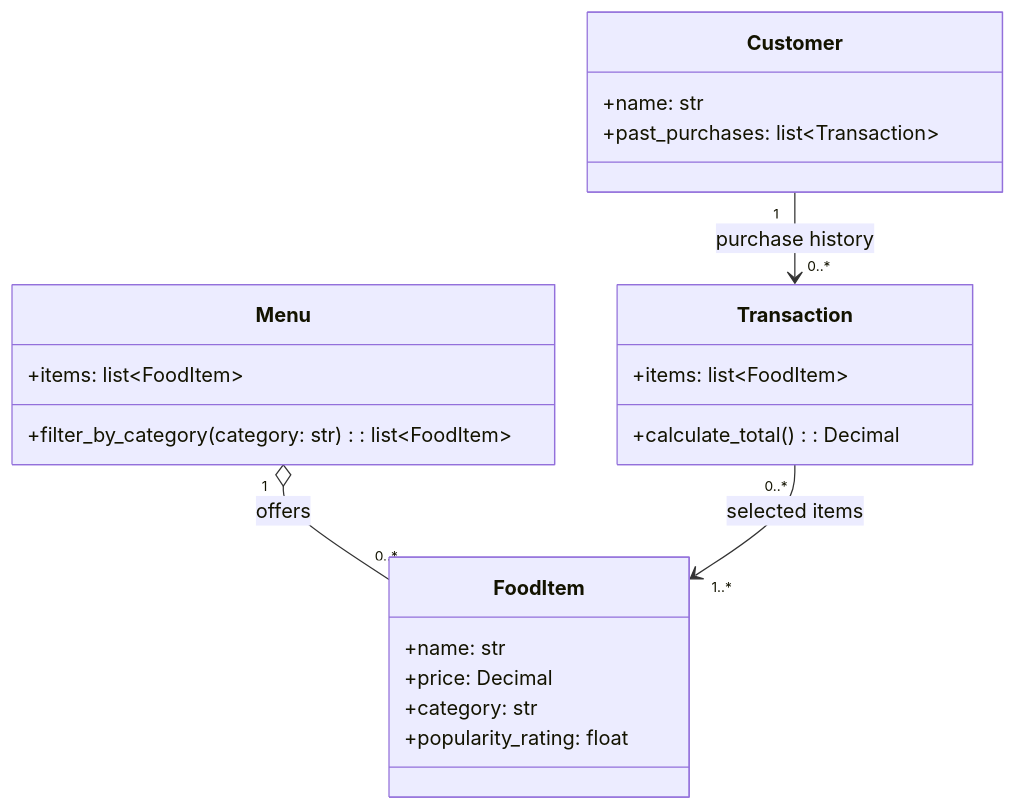
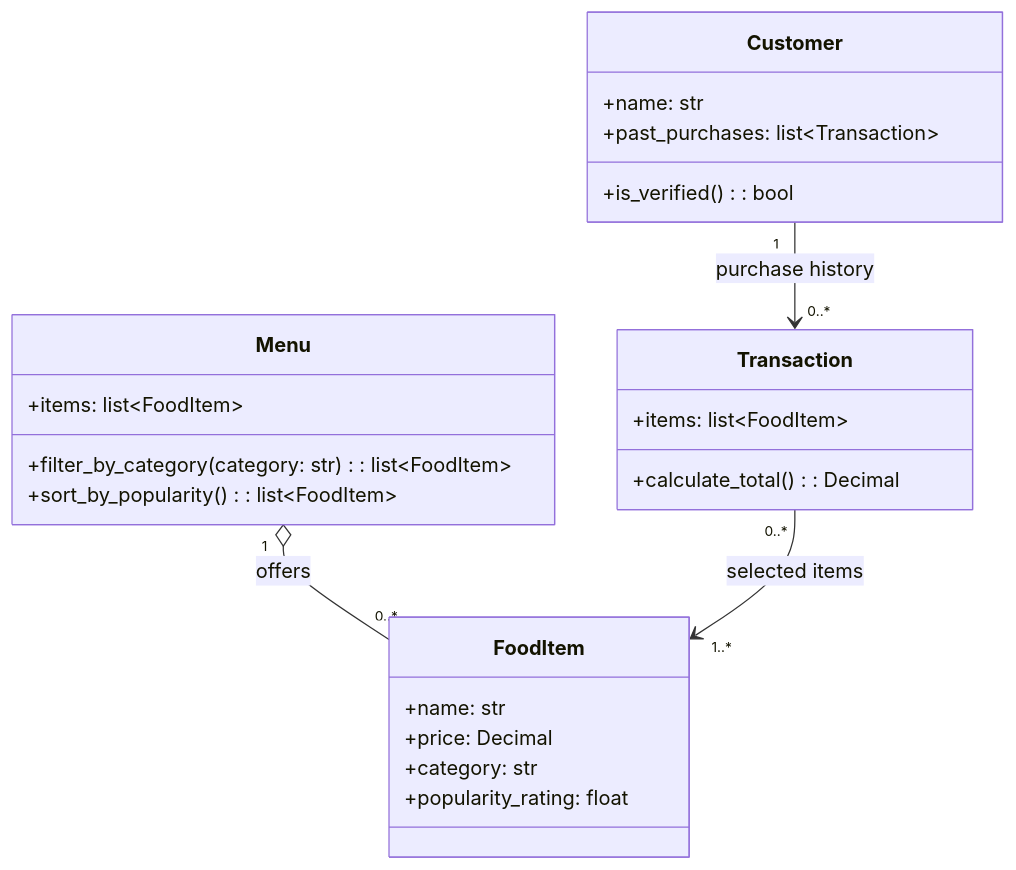
One commit to Kyle-Riggs/ai110_week3_tinker_bytebites changed the diagram in bytebites_design.md. Above: the diagram before and after it, drawn with Mermaid. The commit also changed 1 other file, not shown here.

Commit message:
Add initial scaffolds for ByteBites classes

````diff
--- a/bytebites_design.md
+++ b/bytebites_design.md
@@ -3,28 +3,30 @@
 ```mermaid
 classDiagram
     class Customer {
         +name: str
         +past_purchases: list~Transaction~
+        +is_verified(): bool
     }
 
     class FoodItem {
         +name: str
         +price: Decimal
         +category: str
         +popularity_rating: float
     }
 
     class Menu {
         +items: list~FoodItem~
         +filter_by_category(category: str): list~FoodItem~
+        +sort_by_popularity(): list~FoodItem~
     }
 
     class Transaction {
         +items: list~FoodItem~
         +calculate_total(): Decimal
     }
 
     Menu "1" o-- "0..*" FoodItem : offers
     Customer "1" --> "0..*" Transaction : purchase history
     Transaction "0..*" --> "1..*" FoodItem : selected items
 ```
````
